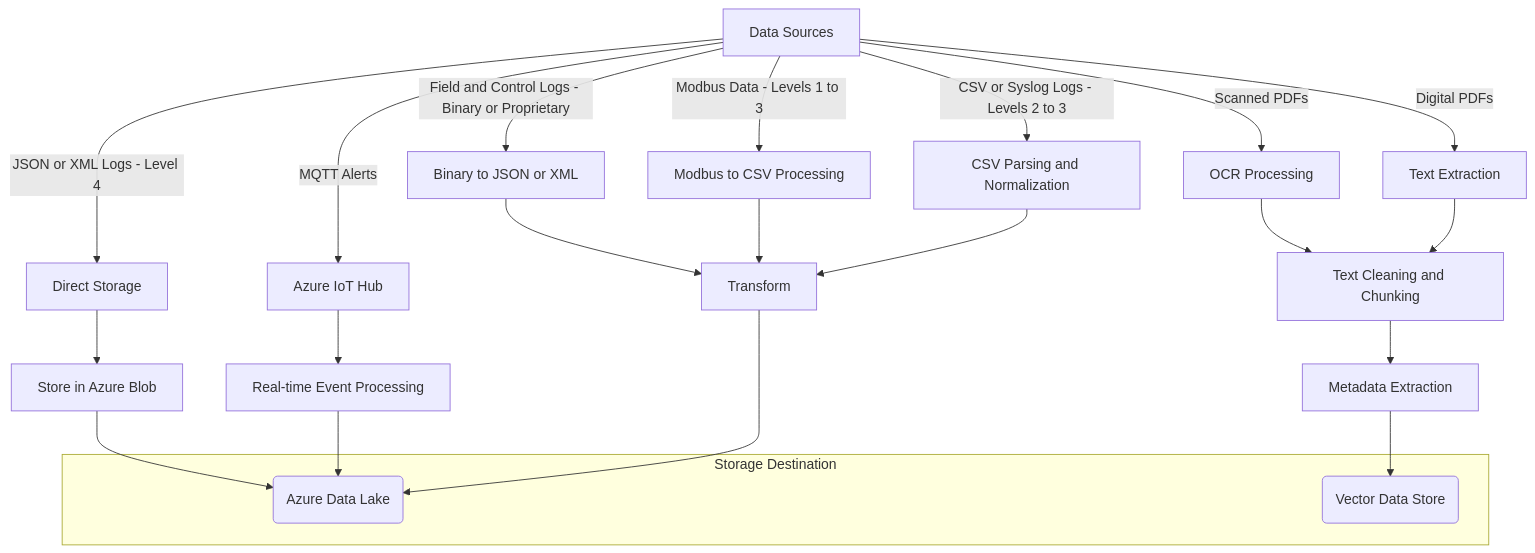
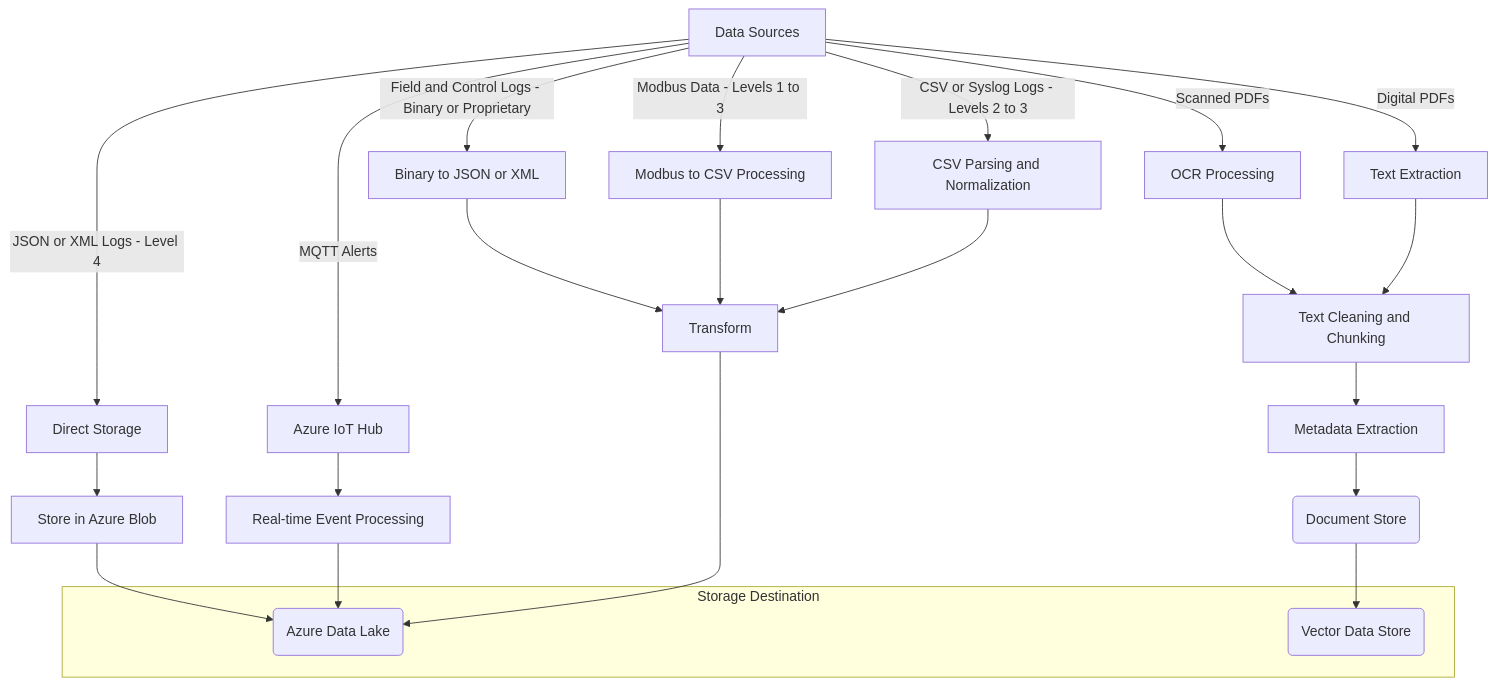
One commit to rajivgangadharan/ai-for-field-engineers changed the diagram in solution-architecture.md. Above: the diagram before and after it, drawn with Mermaid.

````diff
--- a/solution-architecture.md
+++ b/solution-architecture.md
@@ -98,32 +98,33 @@
 ```mermaid
 
 graph TD;
-    A[Data Sources] -->|Scanned PDFs| B[OCR Processing];
-    A -->|Digital PDFs| C[Text Extraction];
-    A -->|Field and Control Logs - Binary or Proprietary| D[Binary to JSON or XML];
-    A -->|Modbus Data - Levels 1 to 3| E[Modbus to CSV Processing];
-    A -->|CSV or Syslog Logs - Levels 2 to 3| F[CSV Parsing and Normalization];
-    A -->|JSON or XML Logs - Level 4| G[Direct Storage];
-    A -->|MQTT Alerts| H[Azure IoT Hub];
+    DS[Data Sources] -->|Scanned PDFs| O[OCR Processing];
+    DS -->|Digital PDFs| TE[Text Extraction];
+    DS -->|Field and Control Logs - Binary or Proprietary| BJX[Binary to JSON or XML];
+    DS -->|Modbus Data - Levels 1 to 3| E[Modbus to CSV Processing];
+    DS -->|CSV or Syslog Logs - Levels 2 to 3| F[CSV Parsing and Normalization];
+    DS -->|JSON or XML Logs - Level 4| DIS[Direct Storage];
+    DS -->|MQTT Alerts| H[Azure IoT Hub];
     
-    B --> I[Text Cleaning and Chunking];
-    C --> I;
-    D --> T[Transform];
+    O --> I[Text Cleaning and Chunking];
+    TE --> I;
+    BJX --> T[Transform];
     E --> T;
     F --> T;
-    G --> K[Store in Azure Blob];
+    DIS --> K[Store in Azure Blob];
     H --> R[Real-time Event Processing];
     
     I --> M[Metadata Extraction];
     K --> N;
     R --> N;
     
-    T --> N(Azure Data Lake);
-    M --> V(Vector Data Store);
+    T   --> N(Azure Data Lake);
+    M   --> DOC(Document Store);
+    DOC --> V(Vector Data Store);
     
     subgraph "Storage Destination"
         N
         V
     end
 
 ```
````
